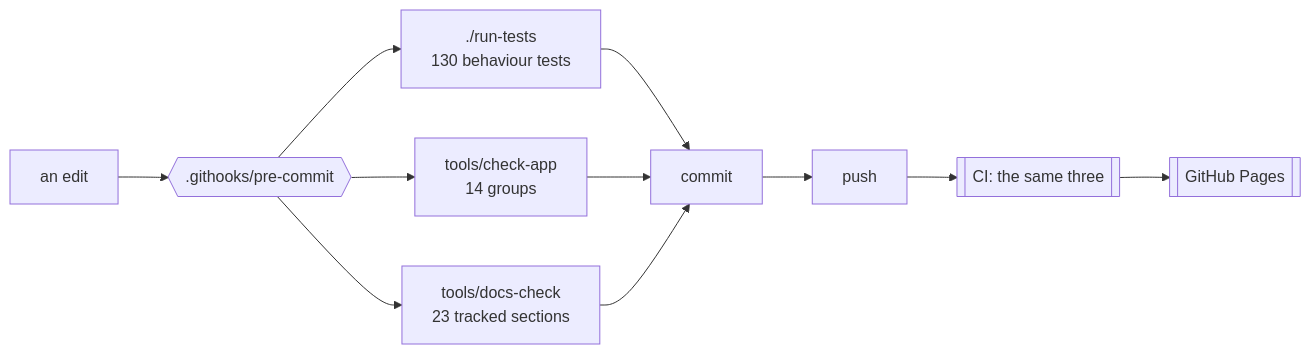
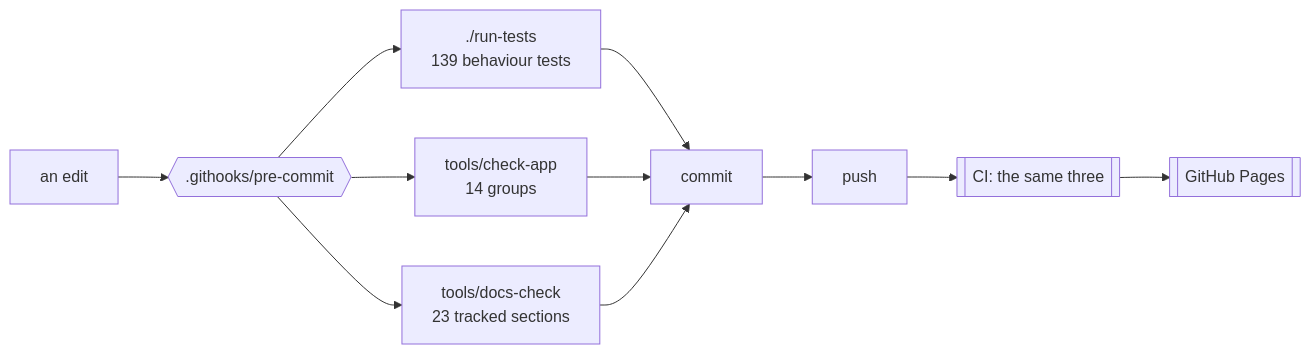
One commit to minormending/crystal-pilot-mobile changed the diagram in docs/DEVELOPING.md. Above: the diagram before and after it, drawn with Mermaid. The commit also changed other lines of this file and 3 other files, not shown here.

````diff
--- a/docs/DEVELOPING.md
+++ b/docs/DEVELOPING.md
@@ -15,12 +15,12 @@
 ```mermaid
 flowchart LR
     E[an edit] --> H{{".githooks/pre-commit"}}
-    H --> T["./run-tests<br/>130 behaviour tests"]
+    H --> T["./run-tests<br/>139 behaviour tests"]
     H --> C["tools/check-app<br/>14 groups"]
     H --> D["tools/docs-check<br/>23 tracked sections"]
     T --> OK[commit]
     C --> OK
     D --> OK
     OK --> P[push] --> CI[["CI: the same three"]]
     CI --> PG[[GitHub Pages]]
 ```
````
